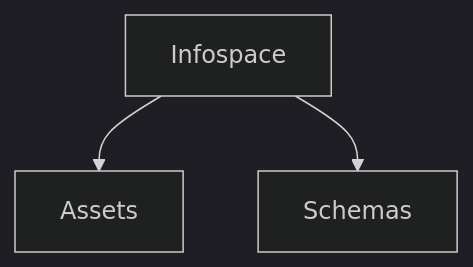
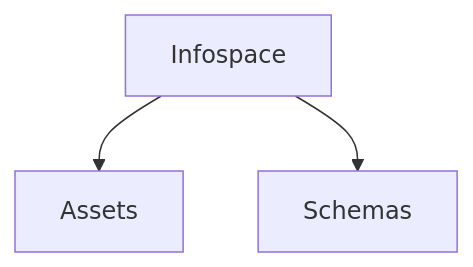
One commit to JimVincentW/docs changed the first of 3 diagrams in pages/app/overview.mdx. Above: the diagram before and after it, drawn with Mermaid. The commit also changed other lines of this file, not shown here.

````diff
--- a/pages/app/overview.mdx
+++ b/pages/app/overview.mdx
@@ -16,8 +16,7 @@
 ```mermaid
-%%{init: {'theme': 'dark'}}%%
 flowchart TB
     I[Infospace]
     I --> A[Assets]
     I --> S[Schemas]
     
 ```
````
